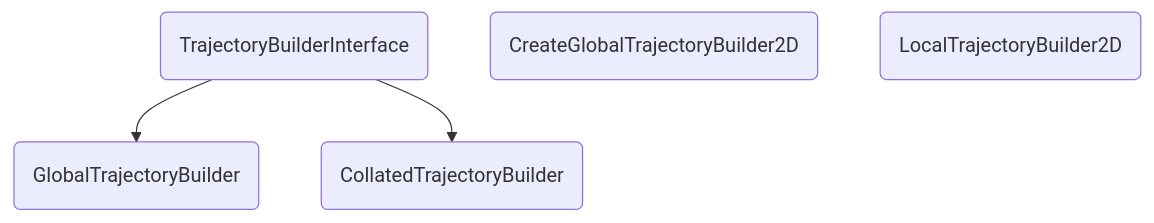
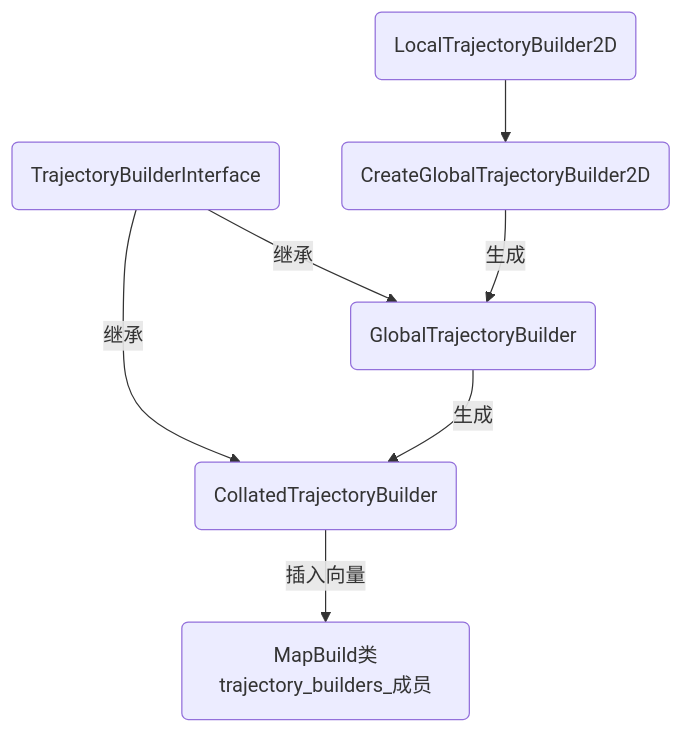
Before and after one commit to slam-xiay/cartographer: the fourth of 4 diagrams in doc/cartographer.md, drawn with Mermaid. The commit also changed other lines of this file and 2 other files, not shown here.

````diff
--- a/doc/cartographer.md
+++ b/doc/cartographer.md
@@ -1623,10 +1621,16 @@
 ```mermaid
 graph TD
 1(TrajectoryBuilderInterface)
 2(GlobalTrajectoryBuilder)
 3(CreateGlobalTrajectoryBuilder2D)
 4(CollatedTrajectoryBuilder)
 5(LocalTrajectoryBuilder2D)
-1-->2
-1-->4
+1-->|继承|2
+1-->|继承|4
+3-->|生成|2
+2-->|生成|4
+5-->3
+
+6(MapBuild类trajectory_builders_成员)
+4-->|插入向量|6
 ```
````
